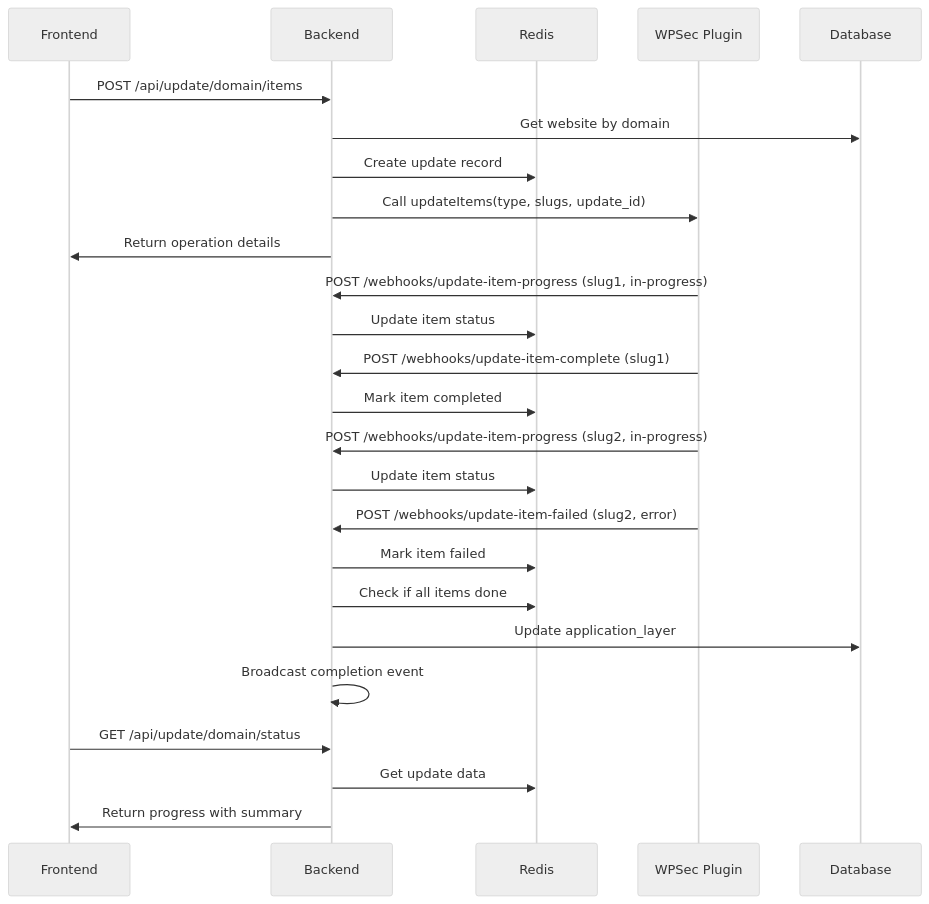
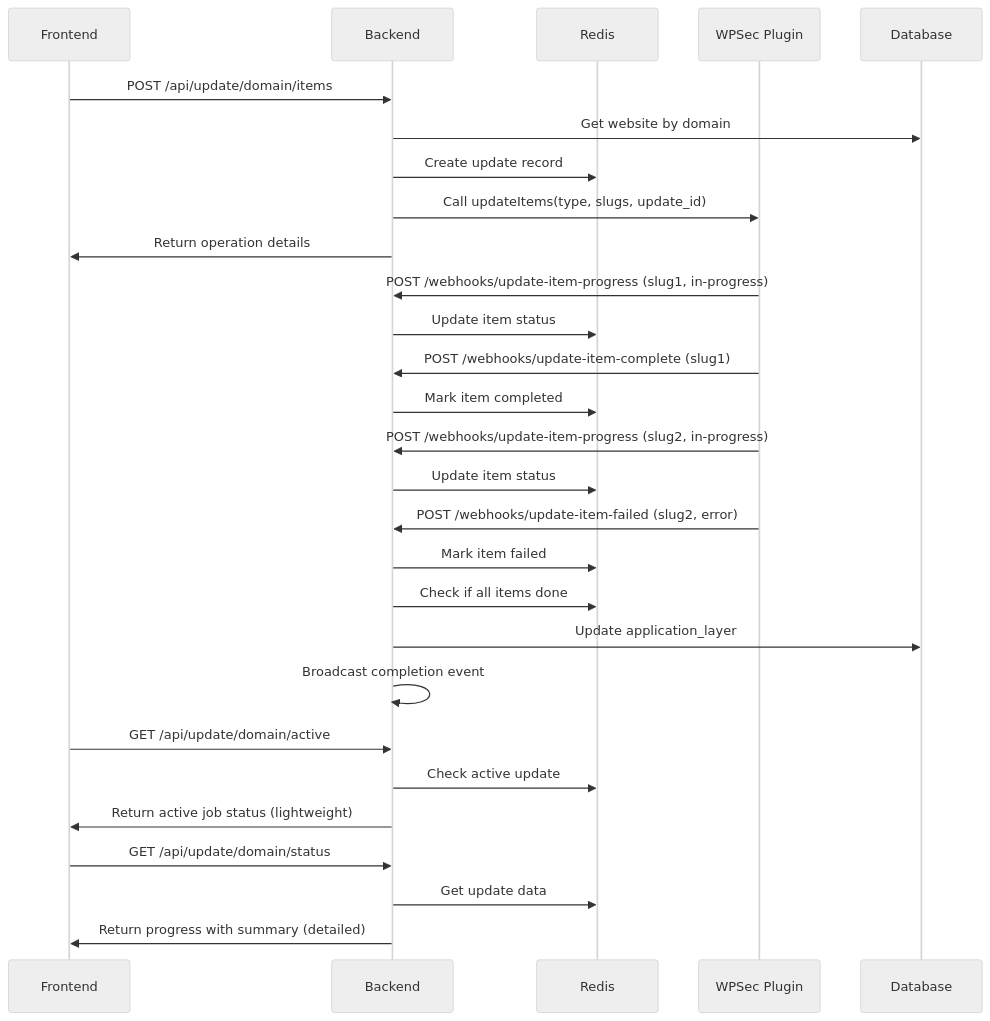
The diagram in UPDATE_ITEM_PROGRESS_FLOW.md (danielwpworld/wpfortai-server), drawn with Mermaid (neutral theme) before and after one commit. The commit also changed other lines of this file and 2 other files, not shown here.

````diff
--- a/UPDATE_ITEM_PROGRESS_FLOW.md
+++ b/UPDATE_ITEM_PROGRESS_FLOW.md
@@ -246,33 +373,37 @@
 ```mermaid
 sequenceDiagram
     participant F as Frontend
     participant B as Backend  
     participant R as Redis
     participant W as WPSec Plugin
     participant D as Database
 
     F->>B: POST /api/update/domain/items
     B->>D: Get website by domain
     B->>R: Create update record
     B->>W: Call updateItems(type, slugs, update_id)
     B->>F: Return operation details
     
     W->>B: POST /webhooks/update-item-progress (slug1, in-progress)
     B->>R: Update item status
     
     W->>B: POST /webhooks/update-item-complete (slug1)
     B->>R: Mark item completed
     
     W->>B: POST /webhooks/update-item-progress (slug2, in-progress)  
     B->>R: Update item status
     
     W->>B: POST /webhooks/update-item-failed (slug2, error)
     B->>R: Mark item failed
     B->>R: Check if all items done
     B->>D: Update application_layer
     B->>B: Broadcast completion event
     
+    F->>B: GET /api/update/domain/active
+    B->>R: Check active update
+    B->>F: Return active job status (lightweight)
+    
     F->>B: GET /api/update/domain/status
     B->>R: Get update data
-    B->>F: Return progress with summary
+    B->>F: Return progress with summary (detailed)
 ```
````
